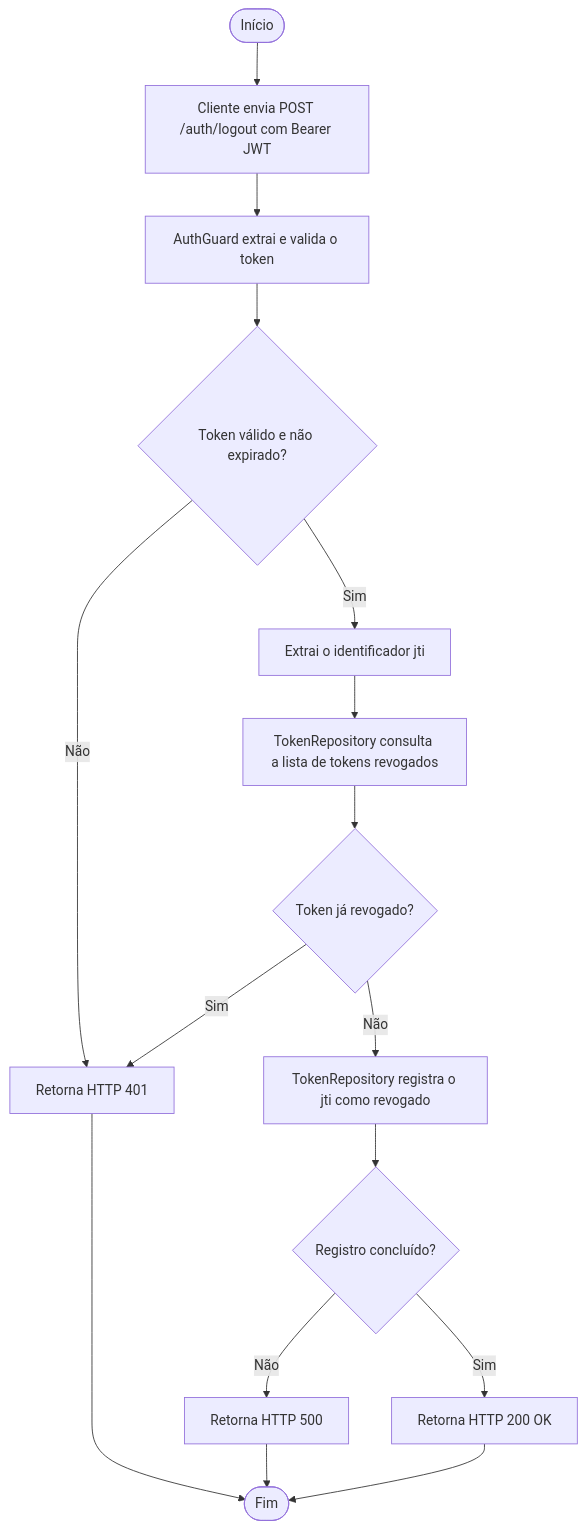
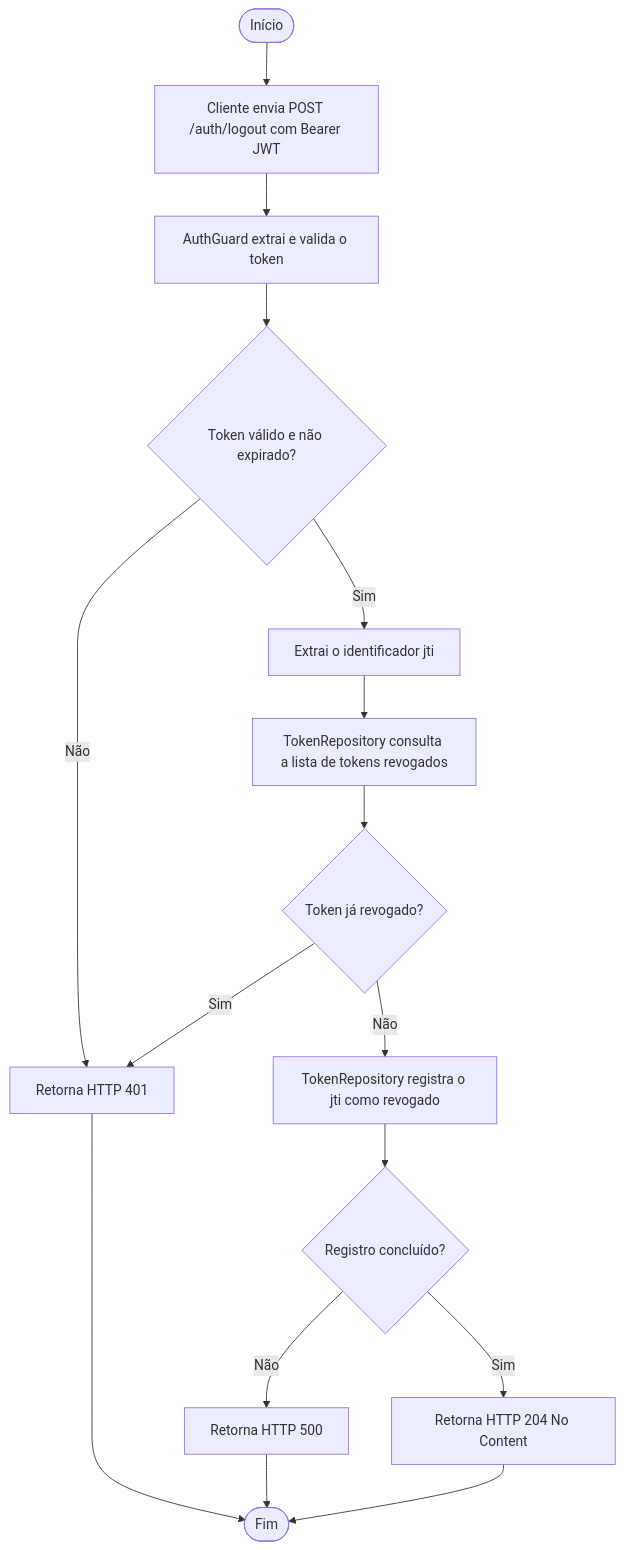
The diagram in docs/diagrams/fluxo-req-04.md (Tonyy-Maker/MATA-62-TRABALHO-III-VERIDIT-GRUPO-10-), drawn with Mermaid before and after one commit. The commit also changed other lines of this file and 7 other files, not shown here.

````diff
--- a/docs/diagrams/fluxo-req-04.md
+++ b/docs/diagrams/fluxo-req-04.md
@@ -3,18 +3,18 @@
 ```mermaid
 flowchart TD
     A([Início]) --> B[Cliente envia POST /auth/logout com Bearer JWT]
     B --> C[AuthGuard extrai e valida o token]
     C --> D{Token válido e não expirado?}
     D -- Não --> E[Retorna HTTP 401]
     E --> Z([Fim])
     D -- Sim --> F[Extrai o identificador jti]
     F --> G[TokenRepository consulta a lista de tokens revogados]
     G --> H{Token já revogado?}
     H -- Sim --> E
     H -- Não --> I[TokenRepository registra o jti como revogado]
     I --> J{Registro concluído?}
     J -- Não --> K[Retorna HTTP 500]
     K --> Z
-    J -- Sim --> L[Retorna HTTP 200 OK]
+    J -- Sim --> L[Retorna HTTP 204 No Content]
     L --> Z
 ```
````
